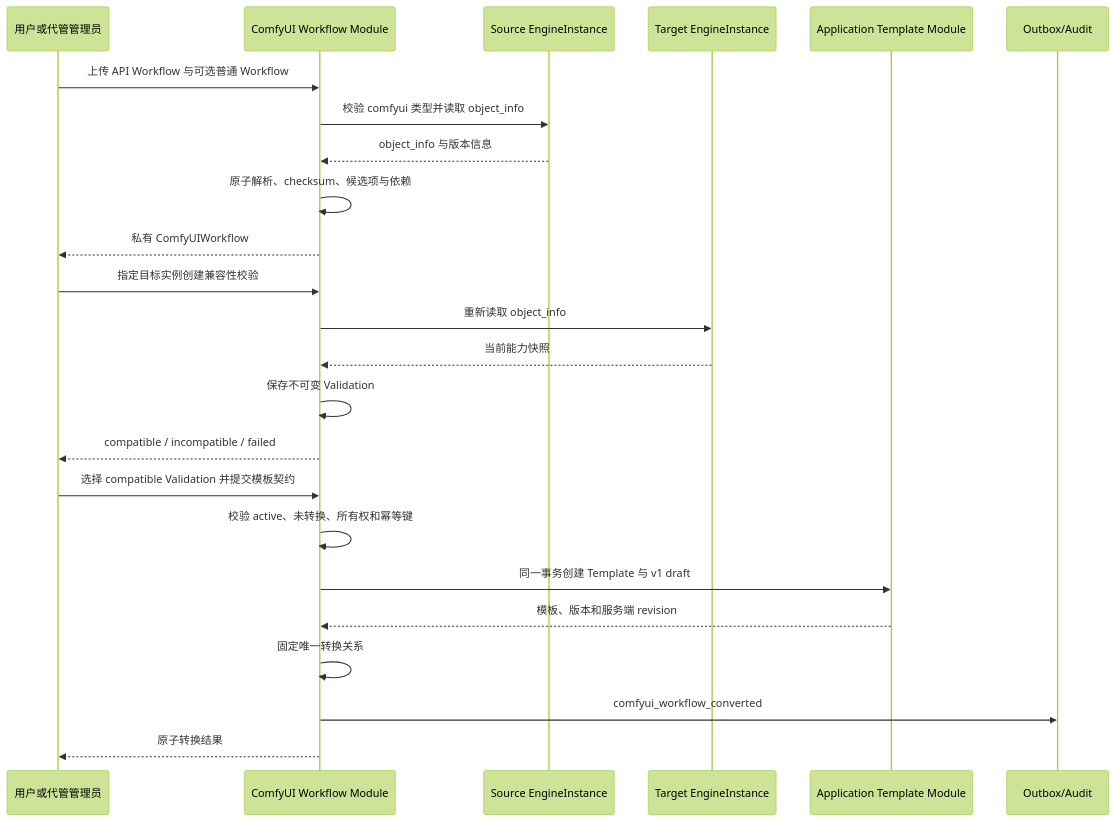
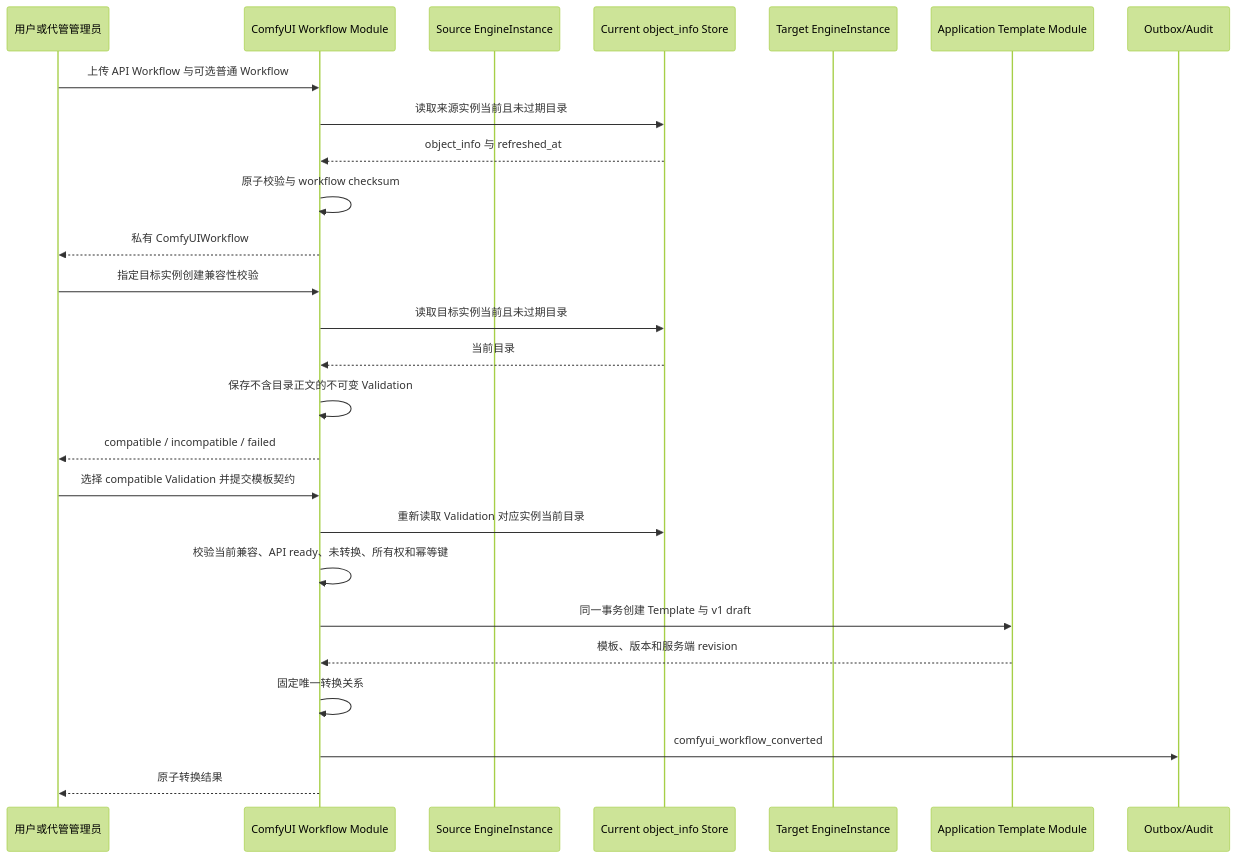
One commit to wangweihong/omnimam-spec changed the third of 4 diagrams in 02_architecture/domains/application-platform.md. Above: the diagram before and after it, drawn with Mermaid (forest theme). The commit also changed other lines of this file and 7 other files, not shown here.

Commit message:
spec(application-platform): centralize ComfyUI object info

````diff
--- a/02_architecture/domains/application-platform.md
+++ b/02_architecture/domains/application-platform.md
@@ -138,29 +144,31 @@
 ```mermaid
 sequenceDiagram
     participant User as 用户或代管管理员
     participant Workflow as ComfyUI Workflow Module
     participant Source as Source EngineInstance
+    participant Catalog as Current object_info Store
     participant Target as Target EngineInstance
     participant Template as Application Template Module
     participant Outbox as Outbox/Audit
 
     User->>Workflow: 上传 API Workflow 与可选普通 Workflow
-    Workflow->>Source: 校验 comfyui 类型并读取 object_info
-    Source-->>Workflow: object_info 与版本信息
-    Workflow->>Workflow: 原子解析、checksum、候选项与依赖
+    Workflow->>Catalog: 读取来源实例当前且未过期目录
+    Catalog-->>Workflow: object_info 与 refreshed_at
+    Workflow->>Workflow: 原子校验与 workflow checksum
     Workflow-->>User: 私有 ComfyUIWorkflow
 
     User->>Workflow: 指定目标实例创建兼容性校验
-    Workflow->>Target: 重新读取 object_info
-    Target-->>Workflow: 当前能力快照
-    Workflow->>Workflow: 保存不可变 Validation
+    Workflow->>Catalog: 读取目标实例当前且未过期目录
+    Catalog-->>Workflow: 当前目录
+    Workflow->>Workflow: 保存不含目录正文的不可变 Validation
     Workflow-->>User: compatible / incompatible / failed
 
     User->>Workflow: 选择 compatible Validation 并提交模板契约
-    Workflow->>Workflow: 校验 active、未转换、所有权和幂等键
+    Workflow->>Catalog: 重新读取 Validation 对应实例当前目录
+    Workflow->>Workflow: 校验当前兼容、API ready、未转换、所有权和幂等键
     Workflow->>Template: 同一事务创建 Template 与 v1 draft
     Template-->>Workflow: 模板、版本和服务端 revision
     Workflow->>Workflow: 固定唯一转换关系
     Workflow->>Outbox: comfyui_workflow_converted
     Workflow-->>User: 原子转换结果
 ```
````
